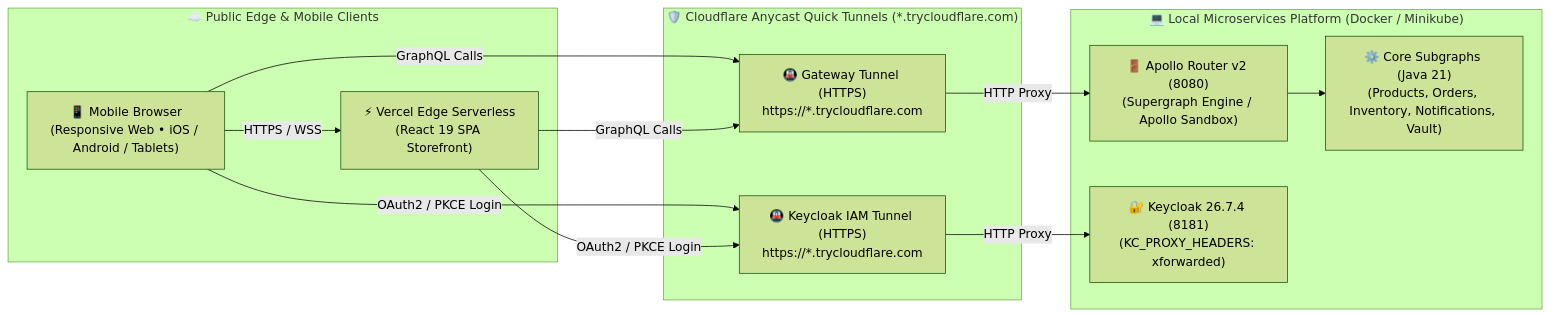
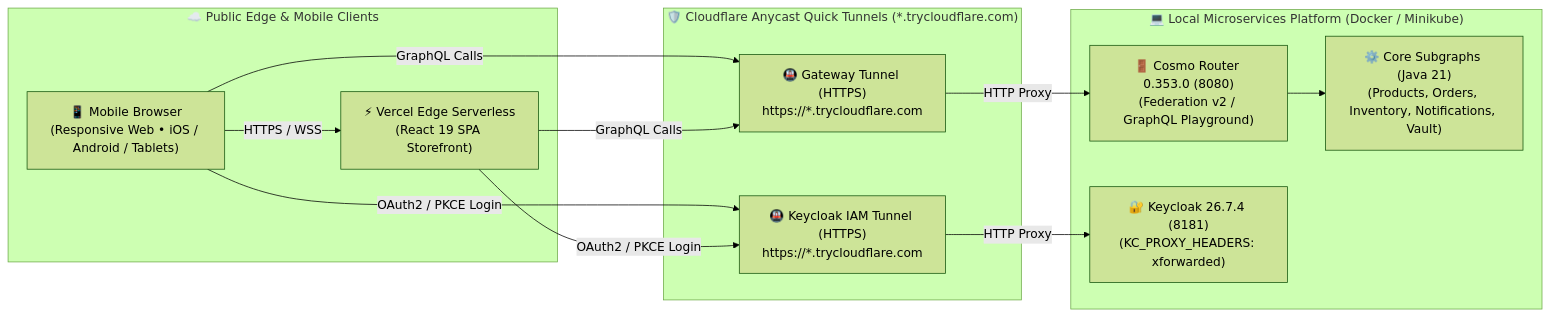
Before and after one commit to GeorgeGxx/microservices-architecture: the sixth of 6 diagrams in docs/ARCHITECTURE.md, drawn with Mermaid (forest theme). The commit also changed other lines of this file and 102 other files, not shown here.

Commit message:
Switch to Cosmo Router

````diff
--- a/docs/ARCHITECTURE.md
+++ b/docs/ARCHITECTURE.md
@@ -506,25 +506,25 @@
 ```mermaid
 graph LR
     subgraph PublicInternet ["☁️ Public Edge & Mobile Clients"]
         Mobile["📱 Mobile Browser<br/>(Responsive Web • iOS / Android / Tablets)"]
         Vercel["⚡ Vercel Edge Serverless<br/>(React 19 SPA Storefront)"]
     end
 
     subgraph CloudflareEdge ["🛡️ Cloudflare Anycast Quick Tunnels (*.trycloudflare.com)"]
         CFTunnel1["🚇 Gateway Tunnel (HTTPS)<br/>https://*.trycloudflare.com"]
         CFTunnel2["🚇 Keycloak IAM Tunnel (HTTPS)<br/>https://*.trycloudflare.com"]
     end
 
     subgraph LocalInfrastructure ["💻 Local Microservices Platform (Docker / Minikube)"]
-        APIGW["🚪 Apollo Router v2 (8080)<br/>(Supergraph Engine / Apollo Sandbox)"]
+        APIGW["🚪 Cosmo Router 0.353.0 (8080)<br/>(Federation v2 / GraphQL Playground)"]
         Keycloak["🔐 Keycloak 26.7.4 (8181)<br/>(KC_PROXY_HEADERS: xforwarded)"]
         Microservices["⚙️ Core Subgraphs (Java 21)<br/>(Products, Orders, Inventory, Notifications, Vault)"]
     end
 
     Mobile -->|HTTPS / WSS| Vercel
     Mobile & Vercel -->|GraphQL Calls| CFTunnel1
     Mobile & Vercel -->|OAuth2 / PKCE Login| CFTunnel2
     CFTunnel1 -->|HTTP Proxy| APIGW
     CFTunnel2 -->|HTTP Proxy| Keycloak
     APIGW --> Microservices
 ```
````
